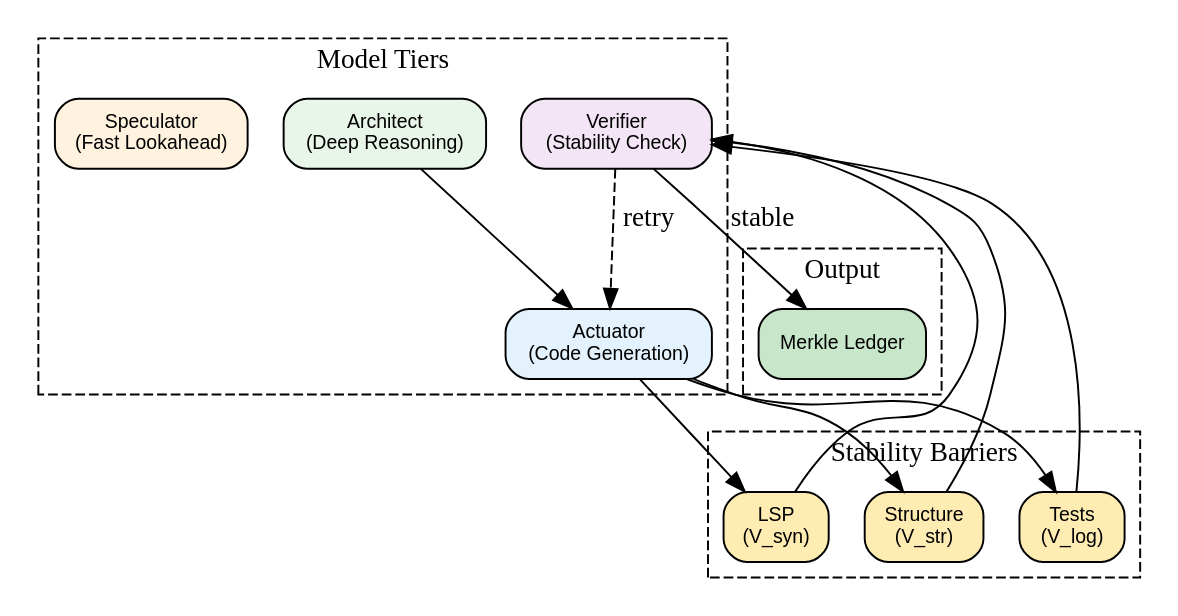
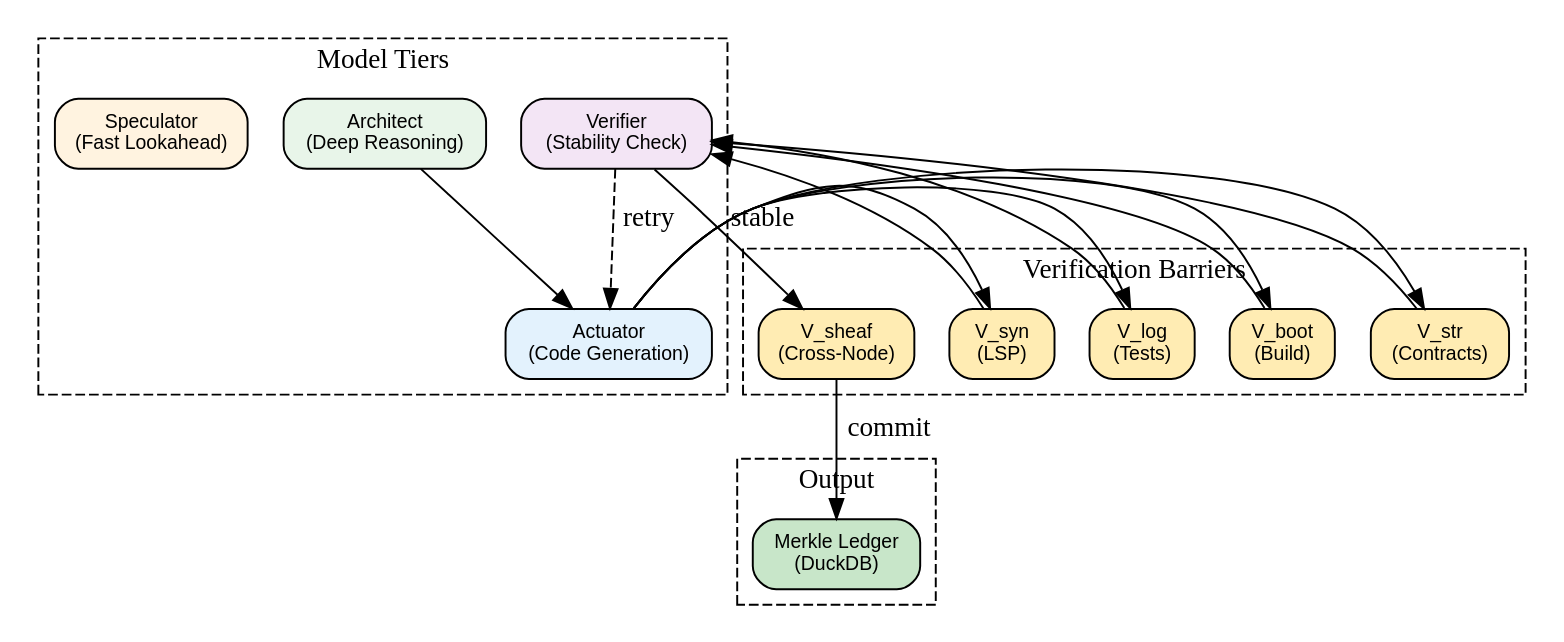
One commit to eonseed/perspt changed the diagram in docs/perspt_book/source/concepts/srbn-architecture.rst. Above: the diagram before and after it, drawn with Graphviz. The commit also changed other lines of this file and 50 other files, not shown here.

```diff
--- a/docs/perspt_book/source/concepts/srbn-architecture.rst
+++ b/docs/perspt_book/source/concepts/srbn-architecture.rst
@@ -15,42 +22,47 @@
 .. graphviz::
    :align: center
    :caption: SRBN Architecture
 
    digraph srbn {
        rankdir=TB;
        compound=true;
        node [shape=box, style="rounded,filled", fontname="Helvetica", fontsize=10];
-       
-       subgraph cluster_models {
+
+       subgraph cluster_tiers {
            label="Model Tiers";
            style=dashed;
            arch [label="Architect\n(Deep Reasoning)", fillcolor="#E8F5E9"];
            act [label="Actuator\n(Code Generation)", fillcolor="#E3F2FD"];
            ver [label="Verifier\n(Stability Check)", fillcolor="#F3E5F5"];
            spec [label="Speculator\n(Fast Lookahead)", fillcolor="#FFF3E0"];
        }
-       
+
        subgraph cluster_barriers {
-           label="Stability Barriers";
+           label="Verification Barriers";
            style=dashed;
-           lsp [label="LSP\n(V_syn)", fillcolor="#FFECB3"];
-           tests [label="Tests\n(V_log)", fillcolor="#FFECB3"];
-           struct [label="Structure\n(V_str)", fillcolor="#FFECB3"];
+           lsp [label="V_syn\n(LSP)", fillcolor="#FFECB3"];
+           tests [label="V_log\n(Tests)", fillcolor="#FFECB3"];
+           boot [label="V_boot\n(Build)", fillcolor="#FFECB3"];
+           struct [label="V_str\n(Contracts)", fillcolor="#FFECB3"];
+           sheaf [label="V_sheaf\n(Cross-Node)", fillcolor="#FFECB3"];
        }
-       
+
        subgraph cluster_output {
            label="Output";
            style=dashed;
-           ledger [label="Merkle Ledger", fillcolor="#C8E6C9"];
+           ledger [label="Merkle Ledger\n(DuckDB)", fillcolor="#C8E6C9"];
        }
-       
+
        arch -> act;
        act -> lsp;
        act -> tests;
+       act -> boot;
        act -> struct;
        lsp -> ver;
        tests -> ver;
+       boot -> ver;
        struct -> ver;
        ver -> act [label="retry", style=dashed];
-       ver -> ledger [label="stable"];
+       ver -> sheaf [label="stable"];
+       sheaf -> ledger [label="commit"];
    }
```
